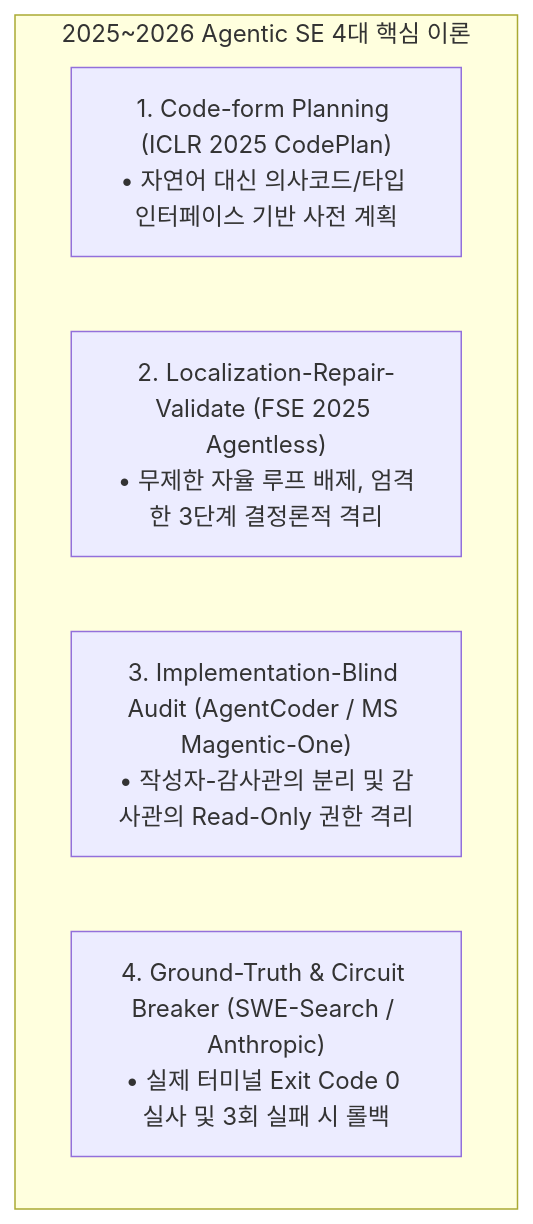
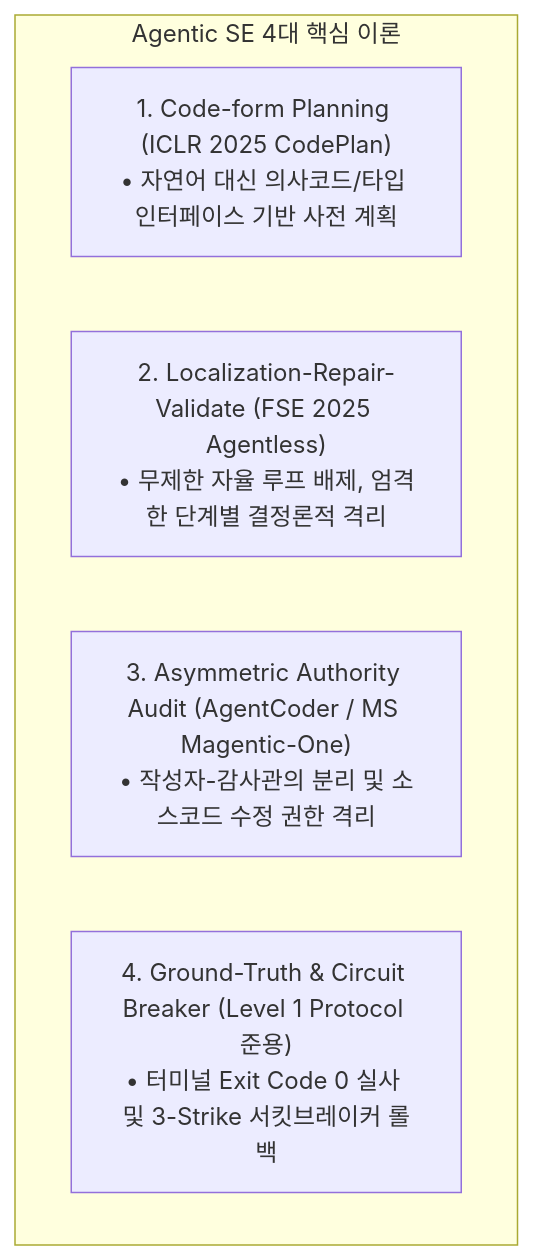
One commit to jin20203458/Obsidian.Agent changed the first of 3 diagrams in ai_agent_refs/Agent_Collaboration_Workflow_Guidelines.md. Above: the diagram before and after it, drawn with Mermaid. The commit also changed other lines of this file and 1 other file, not shown here.

````diff
--- a/ai_agent_refs/Agent_Collaboration_Workflow_Guidelines.md
+++ b/ai_agent_refs/Agent_Collaboration_Workflow_Guidelines.md
@@ -22,9 +26,9 @@
 ```mermaid
 flowchart TD
-    subgraph "2025~2026 Agentic SE 4대 핵심 이론"
+    subgraph "Agentic SE 4대 핵심 이론"
         F1["1. Code-form Planning (ICLR 2025 CodePlan)<br>• 자연어 대신 의사코드/타입 인터페이스 기반 사전 계획"]
-        F2["2. Localization-Repair-Validate (FSE 2025 Agentless)<br>• 무제한 자율 루프 배제, 엄격한 3단계 결정론적 격리"]
-        F3["3. Implementation-Blind Audit (AgentCoder / MS Magentic-One)<br>• 작성자-감사관의 분리 및 감사관의 Read-Only 권한 격리"]
-        F4["4. Ground-Truth & Circuit Breaker (SWE-Search / Anthropic)<br>• 실제 터미널 Exit Code 0 실사 및 3회 실패 시 롤백"]
+        F2["2. Localization-Repair-Validate (FSE 2025 Agentless)<br>• 무제한 자율 루프 배제, 엄격한 단계별 결정론적 격리"]
+        F3["3. Asymmetric Authority Audit (AgentCoder / MS Magentic-One)<br>• 작성자-감사관의 분리 및 소스코드 수정 권한 격리"]
+        F4["4. Ground-Truth & Circuit Breaker (Level 1 Protocol 준용)<br>• 터미널 Exit Code 0 실사 및 3-Strike 서킷브레이커 롤백"]
     end
 ```
````
